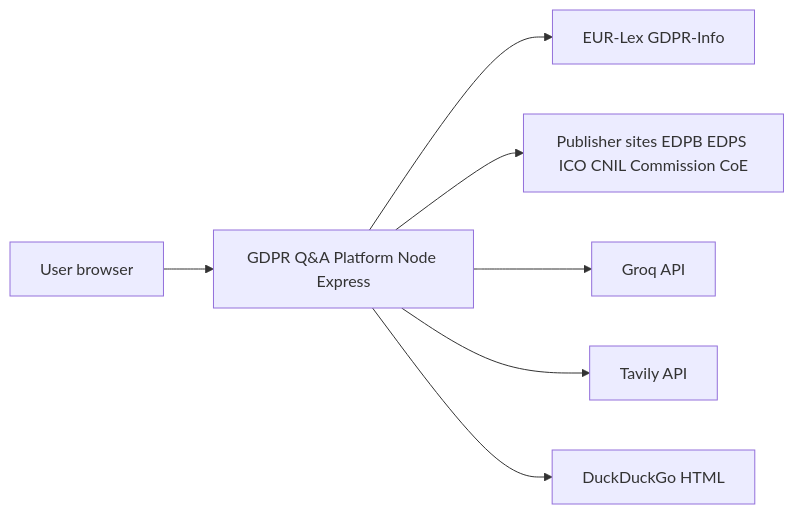
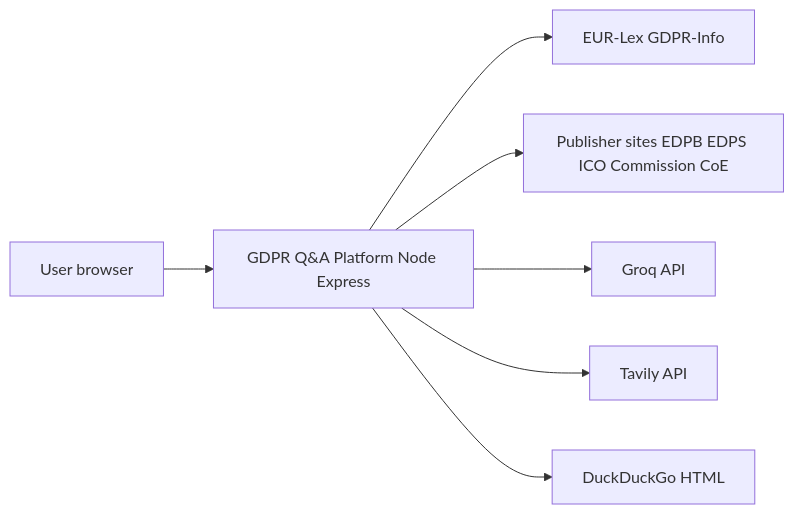
The first of 3 diagrams in docs/ARCHITECTURE.md (RifqiMT/gdpr-qa-platform), drawn with Mermaid before and after one commit. The commit also changed 21 other files, not shown here.

````diff
--- a/docs/ARCHITECTURE.md
+++ b/docs/ARCHITECTURE.md
@@ -6,17 +6,17 @@
 ```mermaid
 flowchart LR
   user[User browser]
   app[GDPR Q&A Platform Node Express]
   eurlex[EUR-Lex GDPR-Info]
-  news[Publisher sites EDPB EDPS ICO CNIL Commission CoE]
+  news[Publisher sites EDPB EDPS ICO Commission CoE]
   groq[Groq API]
   tavily[Tavily API]
   ddg[DuckDuckGo HTML]
 
   user --> app
   app --> eurlex
   app --> news
   app --> groq
   app --> tavily
   app --> ddg
 ```
````
